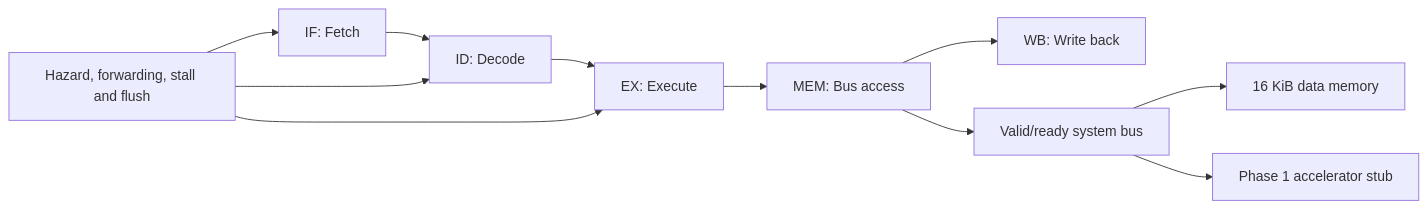
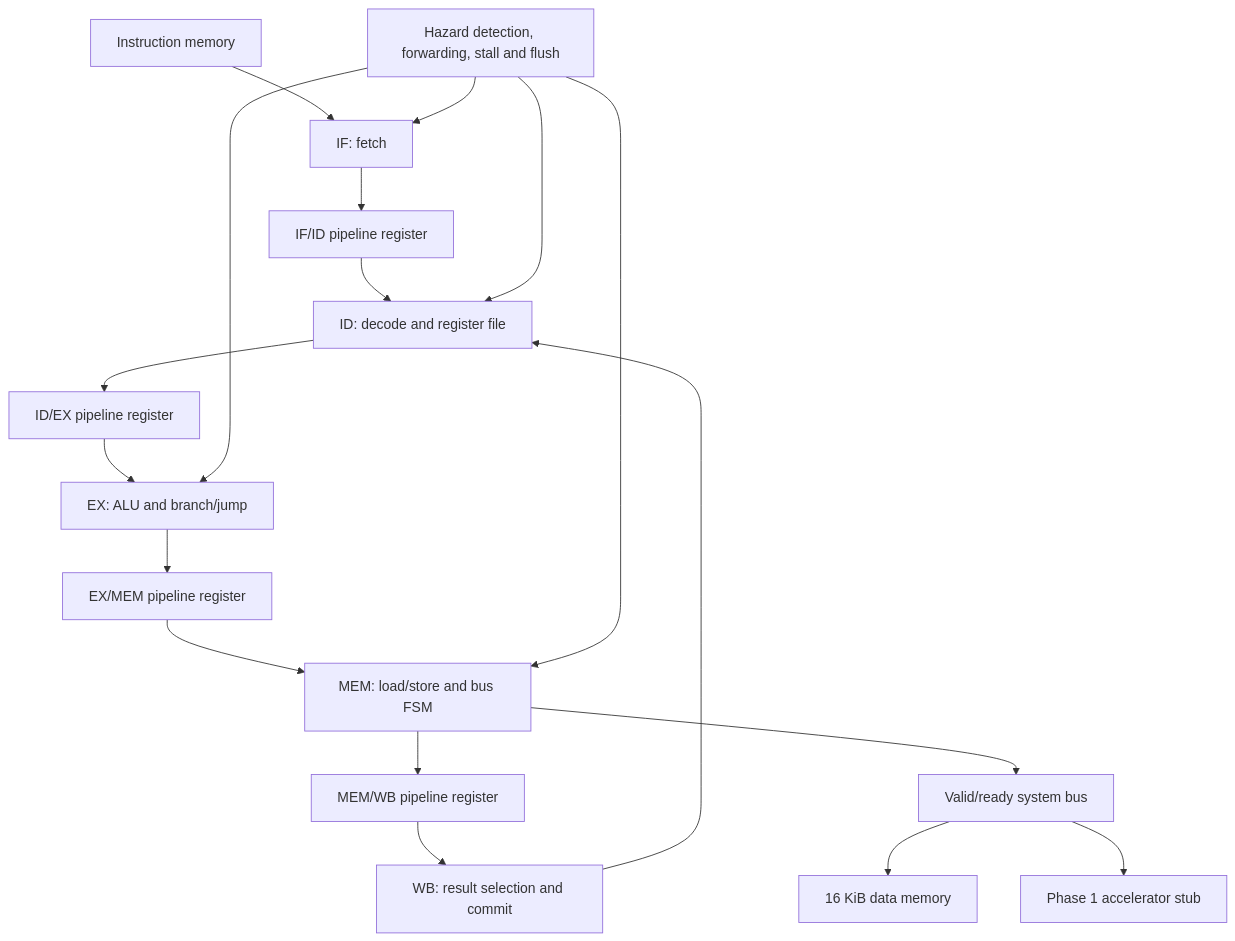
Before and after one commit to chinmayanandP/Rsic-v-cpu-with-systolic-accelerator-for-matrix-multiplications: the second of 2 diagrams in README.md, drawn with Mermaid. The commit also changed other lines of this file, not shown here.

Commit message:
Clarify whole-project and Phase 1 architecture

````diff
--- a/README.md
+++ b/README.md
@@ -16,13 +44,20 @@
 ```mermaid
-flowchart LR
-    IF["IF: Fetch"] --> ID["ID: Decode"]
-    ID --> EX["EX: Execute"]
-    EX --> MEM["MEM: Bus access"]
-    MEM --> WB["WB: Write back"]
-    CTRL["Hazard, forwarding, stall and flush"] --> IF
+flowchart TD
+    IMEM["Instruction memory"] --> IF["IF: fetch"]
+    IF --> IFID["IF/ID pipeline register"]
+    IFID --> ID["ID: decode and register file"]
+    ID --> IDEX["ID/EX pipeline register"]
+    IDEX --> EX["EX: ALU and branch/jump"]
+    EX --> EXMEM["EX/MEM pipeline register"]
+    EXMEM --> MEM["MEM: load/store and bus FSM"]
+    MEM --> MEMWB["MEM/WB pipeline register"]
+    MEMWB --> WB["WB: result selection and commit"]
+    WB --> ID
+    CTRL["Hazard detection, forwarding, stall and flush"] --> IF
     CTRL --> ID
     CTRL --> EX
+    CTRL --> MEM
     MEM --> BUS["Valid/ready system bus"]
-    BUS --> RAM["16 KiB data memory"]
+    BUS --> DMEM["16 KiB data memory"]
     BUS --> STUB["Phase 1 accelerator stub"]
 ```
````
